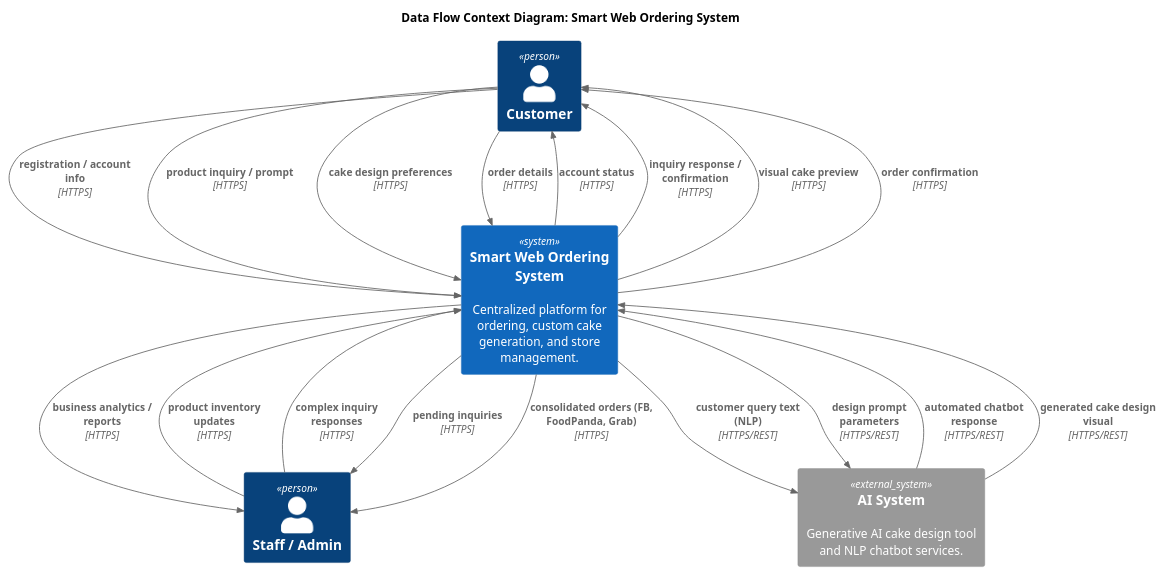
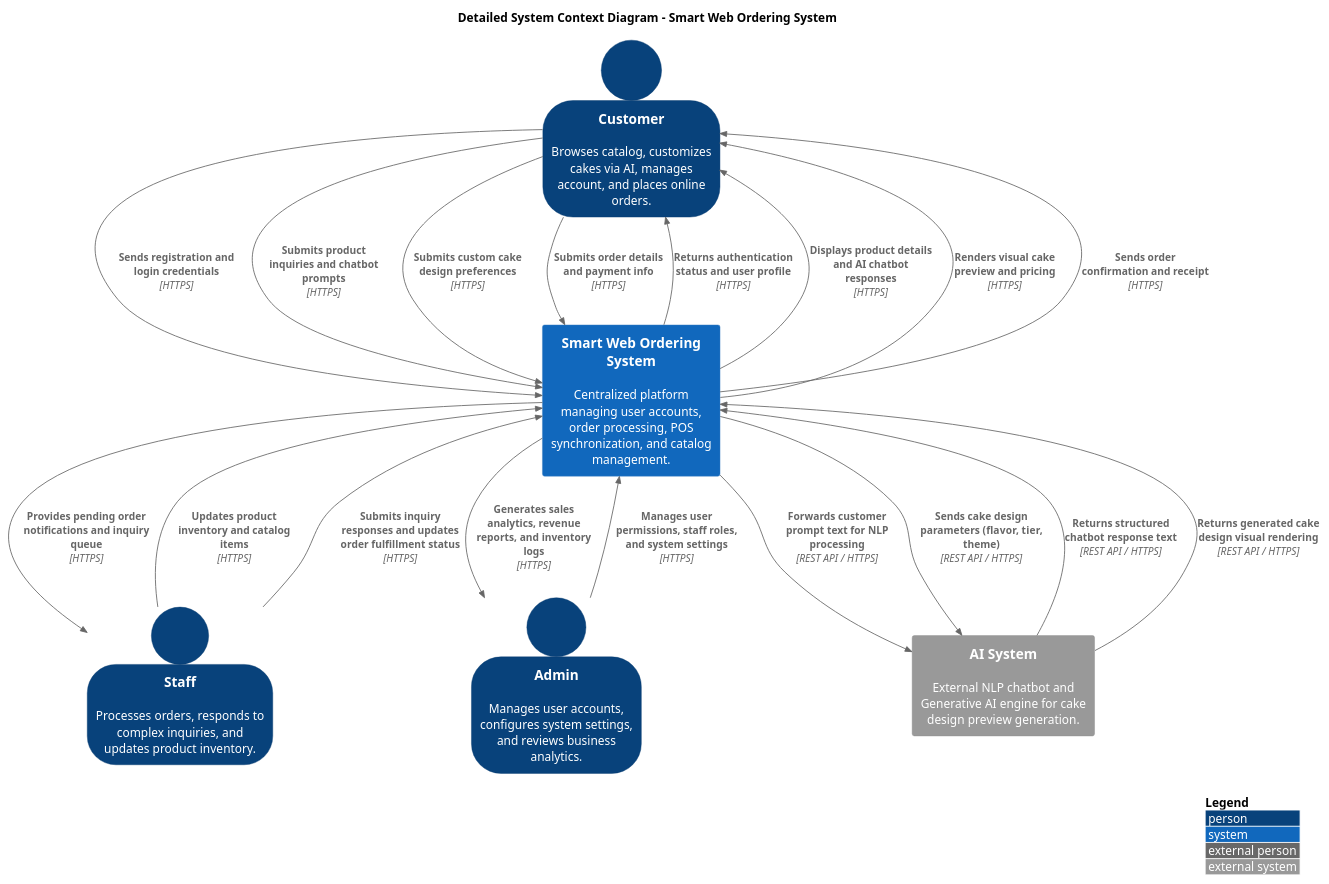
Before and after one commit to APC-SoCIT/APC-2026-2027-T1-IT241-Grp7-Smart-Web-Order-System-for-Mama-Co: the diagram in PBL/MSYADD/SYSTEM CONTEXT DIAGRAM.puml, drawn with PlantUML.

Commit message:
Refactor system context diagram for clarity
Updated the system context diagram for the Smart Web Ordering System to include detailed actor roles and relationships, and removed redundant lines.

```diff
--- a/PBL/MSYADD/SYSTEM CONTEXT DIAGRAM.puml
+++ b/PBL/MSYADD/SYSTEM CONTEXT DIAGRAM.puml
@@ -1,62 +1,49 @@
-@startuml C4_DataFlows 
+@startuml
+!include https://raw.githubusercontent.com/plantuml-stdlib/C4-PlantUML/master/C4_Context.puml
 
-!include https://raw.githubusercontent.com/plantuml-stdlib/C4-PlantUML/master/C4_Context.puml 
+SHOW_PERSON_OUTLINE()
+LAYOUT_WITH_LEGEND()
 
+title Detailed System Context Diagram - Smart Web Ordering System
 
-title Data Flow Context Diagram: Smart Web Ordering System 
+' Actors
+Person(customer, "Customer", "Browses catalog, customizes cakes via AI, manages account, and places online orders.")
+Person(staff, "Staff", "Processes orders, responds to complex inquiries, and updates product inventory.")
+Person(admin, "Admin", "Manages user accounts, configures system settings, and reviews business analytics.")
 
+' Primary Boundary
+System(ordering_system, "Smart Web Ordering System", "Centralized platform managing user accounts, order processing, POS synchronization, and catalog management.")
 
-Person(Customer, "Customer") 
+' External Systems
+System_Ext(ai_system, "AI System", "External NLP chatbot and Generative AI engine for cake design preview generation.")
 
-Person(StaffAdmin, "Staff / Admin") 
+' Customer
+Rel(customer, ordering_system, "Sends registration and login credentials", "HTTPS")
+Rel(ordering_system, customer, "Returns authentication status and user profile", "HTTPS")
 
+Rel(customer, ordering_system, "Submits product inquiries and chatbot prompts", "HTTPS")
+Rel(ordering_system, customer, "Displays product details and AI chatbot responses", "HTTPS")
 
-System(System, "Smart Web Ordering System", "Centralized platform for ordering, custom cake generation, and store management.") 
+Rel(customer, ordering_system, "Submits custom cake design preferences", "HTTPS")
+Rel(ordering_system, customer, "Renders visual cake preview and pricing", "HTTPS")
 
+Rel(customer, ordering_system, "Submits order details and payment info", "HTTPS")
+Rel(ordering_system, customer, "Sends order confirmation and receipt", "HTTPS")
 
-System_Ext(AISystem, "AI System", "Generative AI cake design tool and NLP chatbot services.") 
+' Staff
+Rel(staff, ordering_system, "Updates product inventory and catalog items", "HTTPS")
+Rel(ordering_system, staff, "Provides pending order notifications and inquiry queue", "HTTPS")
+Rel(staff, ordering_system, "Submits inquiry responses and updates order fulfillment status", "HTTPS")
 
+' Admin
+Rel(admin, ordering_system, "Manages user permissions, staff roles, and system settings", "HTTPS")
+Rel(ordering_system, admin, "Generates sales analytics, revenue reports, and inventory logs", "HTTPS")
 
-Rel(Customer, System, "registration / account info", "HTTPS") 
+' AI System
+Rel(ordering_system, ai_system, "Forwards customer prompt text for NLP processing", "REST API / HTTPS")
+Rel(ai_system, ordering_system, "Returns structured chatbot response text", "REST API / HTTPS")
 
-Rel(Customer, System, "product inquiry / prompt", "HTTPS") 
-
-Rel(Customer, System, "cake design preferences", "HTTPS") 
-
-Rel(Customer, System, "order details", "HTTPS") 
-
- 
-
-Rel(System, Customer, "account status", "HTTPS") 
-
-Rel(System, Customer, "inquiry response / confirmation", "HTTPS") 
-
-Rel(System, Customer, "visual cake preview", "HTTPS") 
-
-Rel(System, Customer, "order confirmation", "HTTPS") 
-
-
-Rel(StaffAdmin, System, "product inventory updates", "HTTPS") 
-
-Rel(StaffAdmin, System, "complex inquiry responses", "HTTPS") 
-
- 
-
-Rel(System, StaffAdmin, "pending inquiries", "HTTPS") 
-
-Rel(System, StaffAdmin, "consolidated orders (FB, FoodPanda, Grab)", "HTTPS") 
-
-Rel(System, StaffAdmin, "business analytics / reports", "HTTPS") 
-
-
-Rel(System, AISystem, "customer query text (NLP)", "HTTPS/REST") 
-
-Rel(AISystem, System, "automated chatbot response", "HTTPS/REST") 
-
-Rel(System, AISystem, "design prompt parameters", "HTTPS/REST") 
-
-Rel(AISystem, System, "generated cake design visual", "HTTPS/REST") 
-
- 
+Rel(ordering_system, ai_system, "Sends cake design parameters (flavor, tier, theme)", "REST API / HTTPS")
+Rel(ai_system, ordering_system, "Returns generated cake design visual rendering", "REST API / HTTPS")
 
 @enduml
```
